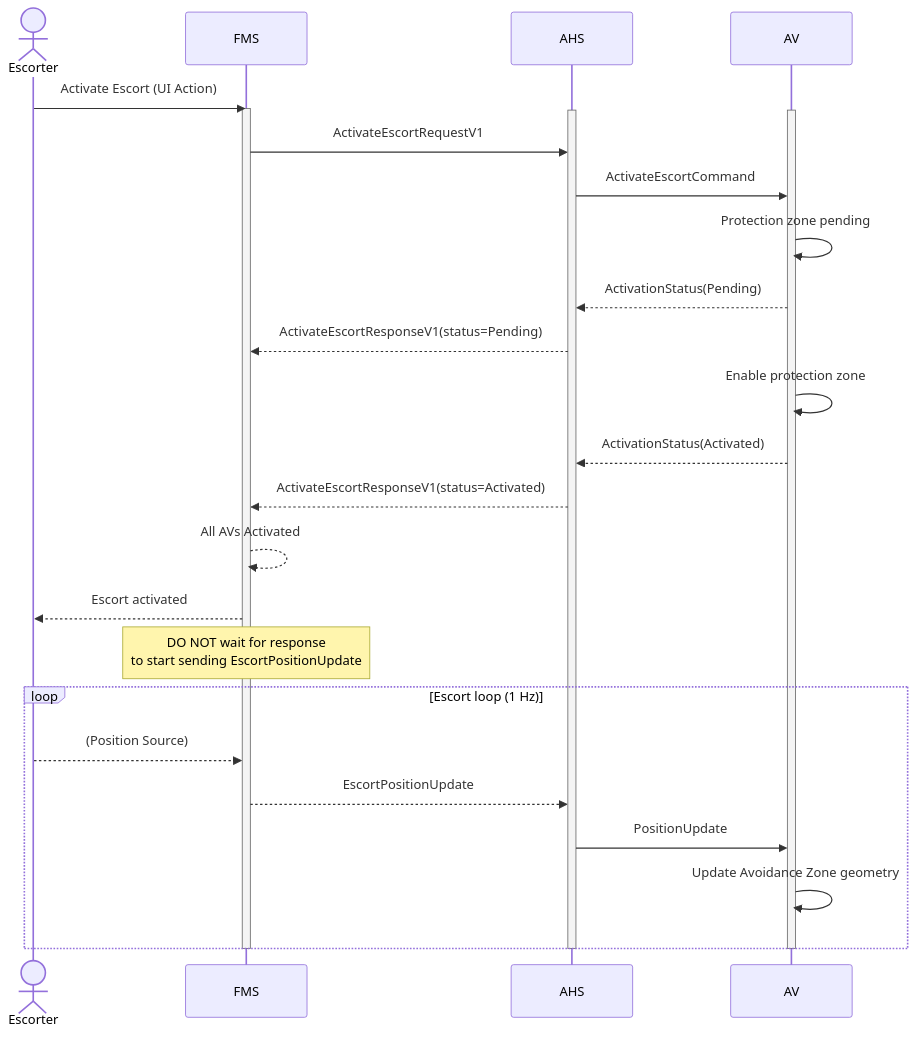
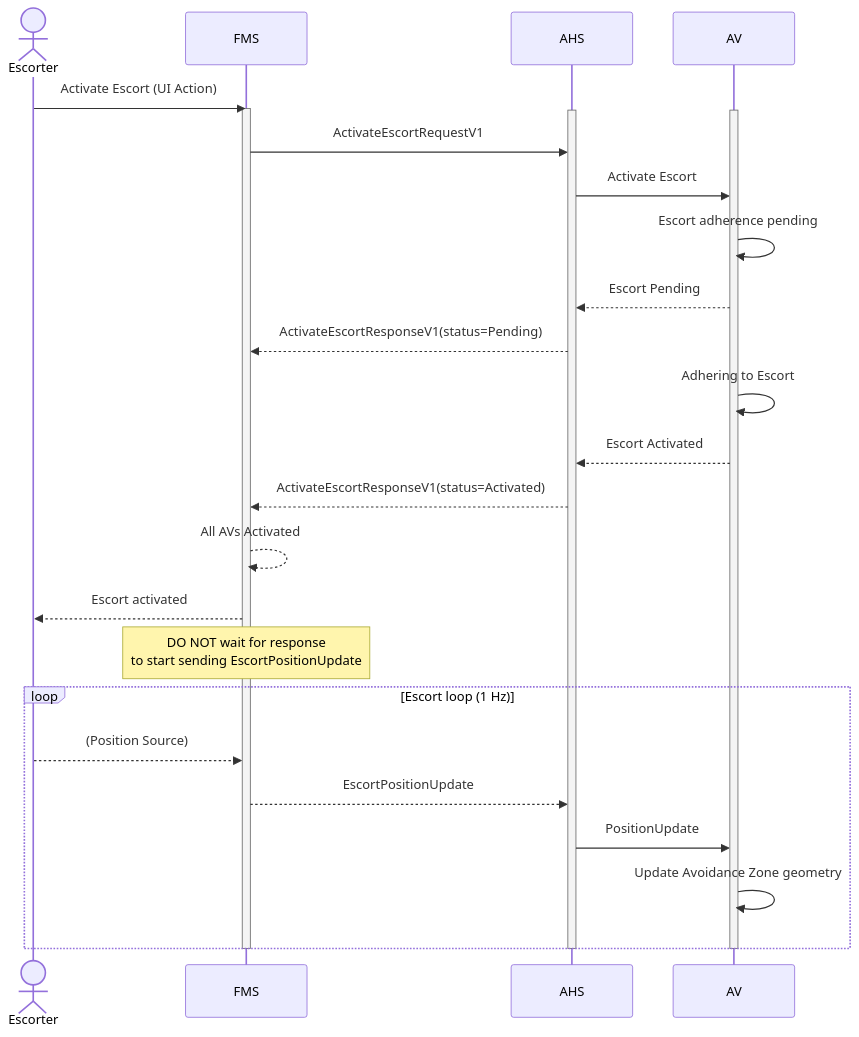
Before and after one commit to open-autonomy/escort: the first of 3 diagrams in diagram/EscortActivation.md, drawn with Mermaid. The commit also changed other lines of this file, not shown here.

Commit message:
Generic communication between AHS and AV

````diff
--- a/diagram/EscortActivation.md
+++ b/diagram/EscortActivation.md
@@ -9,34 +9,34 @@
 ```mermaid
 sequenceDiagram
     actor Escorter
     participant FMS
     participant AHS
     participant AV
 
     Escorter->>FMS: Activate Escort (UI Action)
     activate FMS
     activate AHS
     activate AV
     FMS->>AHS: ActivateEscortRequestV1
-    AHS->>AV: ActivateEscortCommand
-    AV->>AV: Protection zone pending
-    AV-->>AHS: ActivationStatus(Pending)
+    AHS->>AV: Activate Escort
+    AV->>AV: Escort adherence pending
+    AV-->>AHS: Escort Pending
     AHS-->>FMS: ActivateEscortResponseV1(status=Pending)
 
-    AV->>AV: Enable protection zone
-    AV-->>AHS: ActivationStatus(Activated)
+    AV->>AV: Adhering to Escort
+    AV-->>AHS: Escort Activated
     AHS-->>FMS: ActivateEscortResponseV1(status=Activated)
     FMS-->>FMS: All AVs Activated
     FMS-->>Escorter: Escort activated
     Note over FMS: DO NOT wait for response<br/>to start sending EscortPositionUpdate
     loop Escort loop (1 Hz)
         Escorter-->>FMS: (Position Source)
         FMS-->>AHS: EscortPositionUpdate
         AHS->>AV: PositionUpdate
         AV->>AV: Update Avoidance Zone geometry
     end
     %% Deactivation flow moved to EscortDeactivation.md
     deactivate AV
     deactivate AHS
     deactivate FMS
 ```
````
